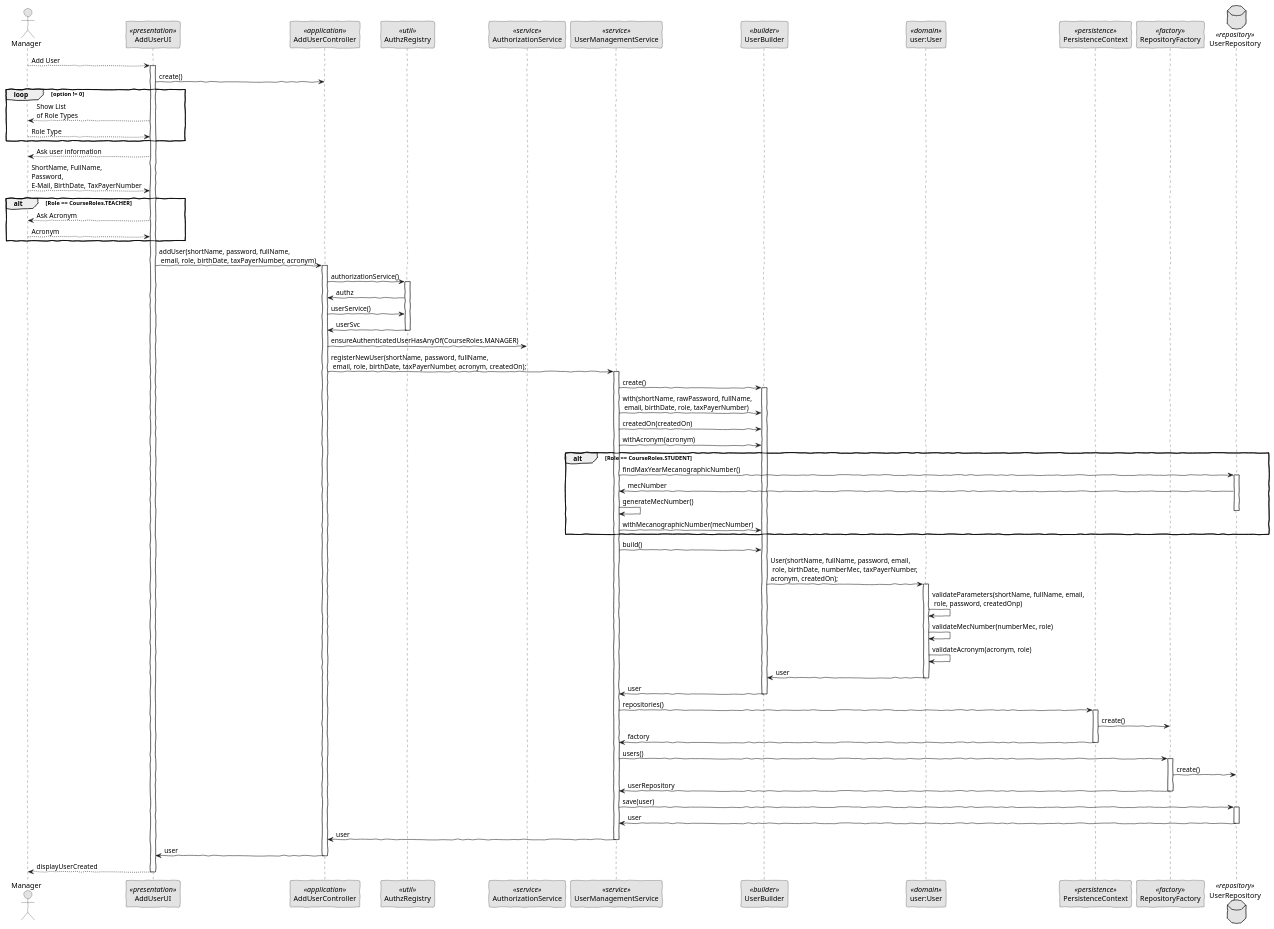
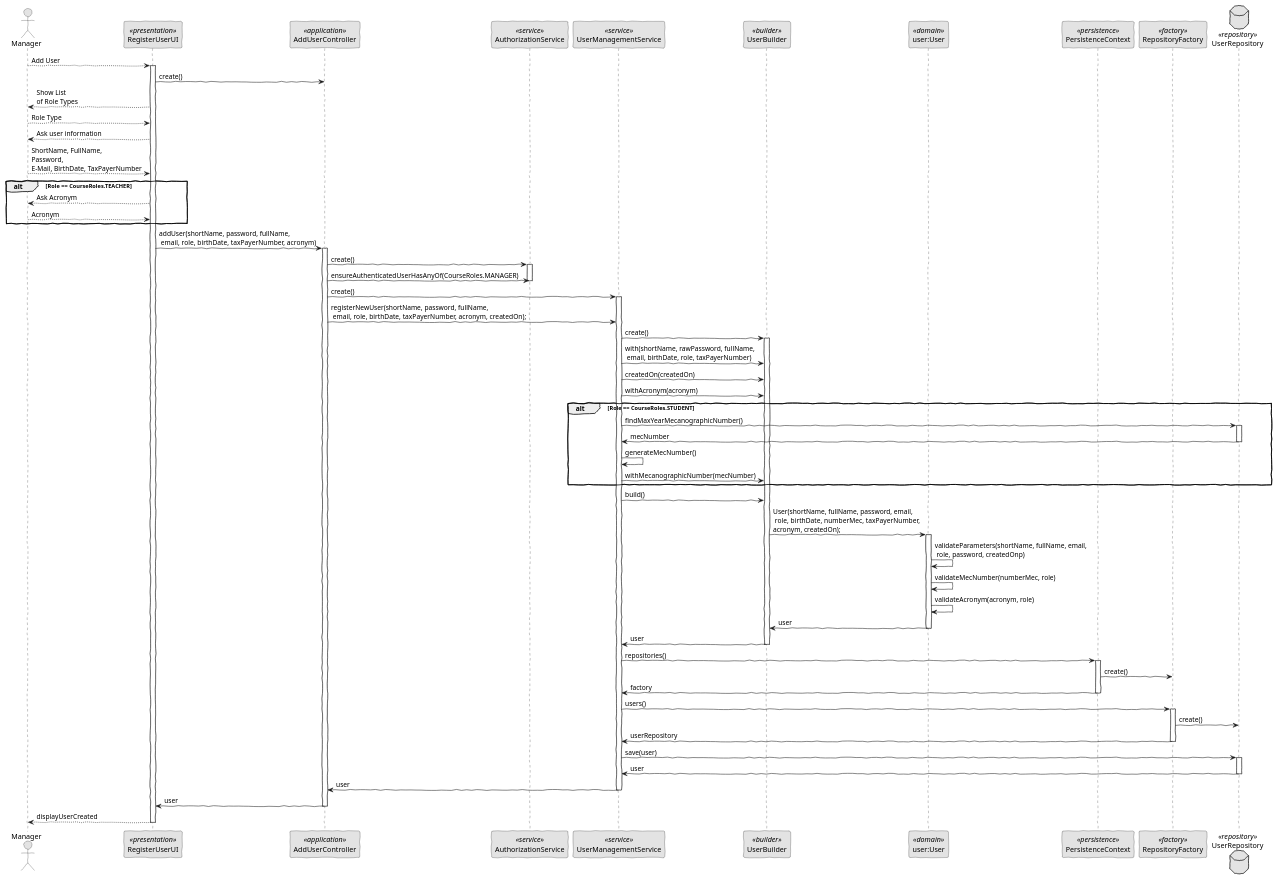
One commit to brunacosta03/sem4pi_22_23 changed the diagram in docs/SPRINT B/US_1001/SD/RegisterUser-SD.puml. Above: the diagram before and after it, drawn with PlantUML. The commit also changed 31 other files, not shown here.

```diff
--- a/docs/SPRINT B/US_1001/SD/RegisterUser-SD.puml
+++ b/docs/SPRINT B/US_1001/SD/RegisterUser-SD.puml
@@ -1,109 +1,102 @@
 @startuml
 'http://plantuml.com/skinparam.html
 skinparam handwritten true
 skinparam monochrome true
 skinparam packageStyle rect
 skinparam defaultFontName FG Virgil
 skinparam shadowing false
 
 actor Manager as Actor
-participant AddUserUI as UI <<presentation>>
+participant RegisterUserUI as UI <<presentation>>
 participant AddUserController as Controller <<application>>
-participant AuthzRegistry as Registry <<util>>
 participant AuthorizationService as AuthzService <<service>>
 participant UserManagementService as Service <<service>>
 participant UserBuilder as Builder <<builder>>
 participant "user:User" as Domain <<domain>>
 participant PersistenceContext as Persistence <<persistence>>
 participant RepositoryFactory as Factory <<factory>>
 database UserRepository as Repository <<repository>>
 
 
 Actor --> UI: Add User
 activate UI
     UI -> Controller: create()
     
-    loop option != 0
-        UI --> Actor: Show List\nof Role Types
-        Actor --> UI: Role Type
-    end
+    UI --> Actor: Show List\nof Role Types
+    Actor --> UI: Role Type
 
     UI --> Actor: Ask user information
 
     Actor --> UI: ShortName, FullName,\nPassword,\nE-Mail, BirthDate, TaxPayerNumber
 
 
     alt Role == CourseRoles.TEACHER
         UI --> Actor: Ask Acronym
         Actor --> UI: Acronym
     end
 
         
     UI -> Controller: addUser(shortName, password, fullName,\n email, role, birthDate, taxPayerNumber, acronym)
     activate Controller
 
-        Controller -> Registry: authorizationService()
-        activate Registry
-        Registry -> Controller: authz
-        Controller -> Registry: userService()
-        Registry -> Controller: userSvc
-        deactivate Registry
 
+    Controller -> AuthzService: create()
+    activate AuthzService
+    Controller -> AuthzService: ensureAuthenticatedUserHasAnyOf(CourseRoles.MANAGER)
+    deactivate AuthzService
 
-        Controller -> AuthzService: ensureAuthenticatedUserHasAnyOf(CourseRoles.MANAGER)
-
-
+    Controller -> Service: create()
+    activate Service
     Controller -> Service: registerNewUser(shortName, password, fullName,\n email, role, birthDate, taxPayerNumber, acronym, createdOn);
-    activate Service
 
     Service -> Builder: create()
         activate Builder
         Service -> Builder: with(shortName, rawPassword, fullName,\n email, birthDate, role, taxPayerNumber)
         Service -> Builder: createdOn(createdOn)
         Service -> Builder: withAcronym(acronym)
 
         alt Role == CourseRoles.STUDENT
             Service -> Repository: findMaxYearMecanographicNumber()
             activate Repository
             Repository -> Service: mecNumber
+            deactivate Repository
             Service -> Service: generateMecNumber()
-            deactivate Repository
             Service -> Builder: withMecanographicNumber(mecNumber)
         end
 
         Service -> Builder: build()
         Builder -> Domain: User(shortName, fullName, password, email,\n role, birthDate, numberMec, taxPayerNumber,\nacronym, createdOn);
         activate Domain
             Domain -> Domain: validateParameters(shortName, fullName, email,\n role, password, createdOnp)
             Domain -> Domain: validateMecNumber(numberMec, role)
             Domain -> Domain: validateAcronym(acronym, role)
             Domain -> Builder: user
         deactivate Domain
             Builder -> Service: user
         deactivate Builder
 
         Service -> Persistence: repositories()
         activate Persistence
         Persistence -> Factory: create()
         Persistence -> Service: factory
         deactivate Persistence
 
         Service -> Factory: users()
         activate Factory
         Factory -> Repository: create()
         Factory -> Service: userRepository
         deactivate Factory
 
         Service -> Repository:save(user)
         activate Repository
         Repository -> Service:user
         deactivate Repository
 
         Service -> Controller:user
         deactivate Service
         Controller -> UI:user
         deactivate Controller
         UI --> Actor: displayUserCreated
 
 deactivate UI
 @enduml
```
